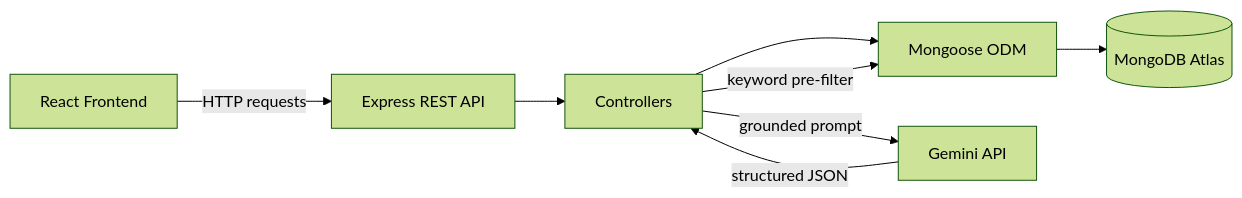
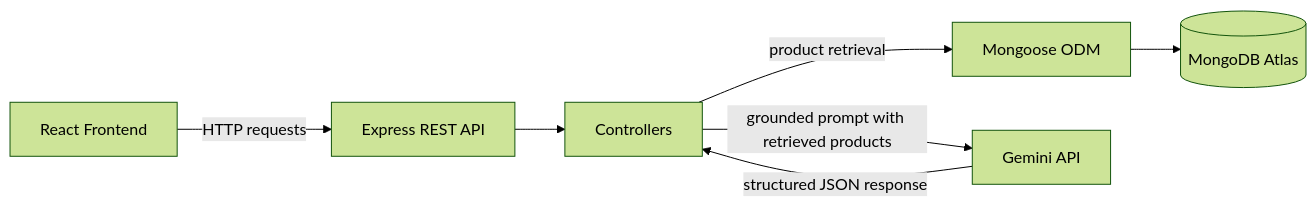
Before and after one commit to Srinivas-KR-Dev/ecommerce-backend-mongodb: the diagram in README.md, drawn with Mermaid (forest theme).

Commit message:
feat: update flowchart in README to clarify product retrieval and AI prompt interactions

````diff
--- a/README.md
+++ b/README.md
@@ -207,10 +207,9 @@
 ```mermaid
 flowchart LR
     A[React Frontend] -->|HTTP requests| B[Express REST API]
     B --> C[Controllers]
-    C --> D[Mongoose ODM]
+    C -->|product retrieval| D[Mongoose ODM]
     D --> E[(MongoDB Atlas)]
-    C -->|keyword pre-filter| D
-    C -->|grounded prompt| F[Gemini API]
-    F -->|structured JSON| C
+    C -->|grounded prompt with retrieved products| F[Gemini API]
+    F -->|structured JSON response| C
 ```
````
